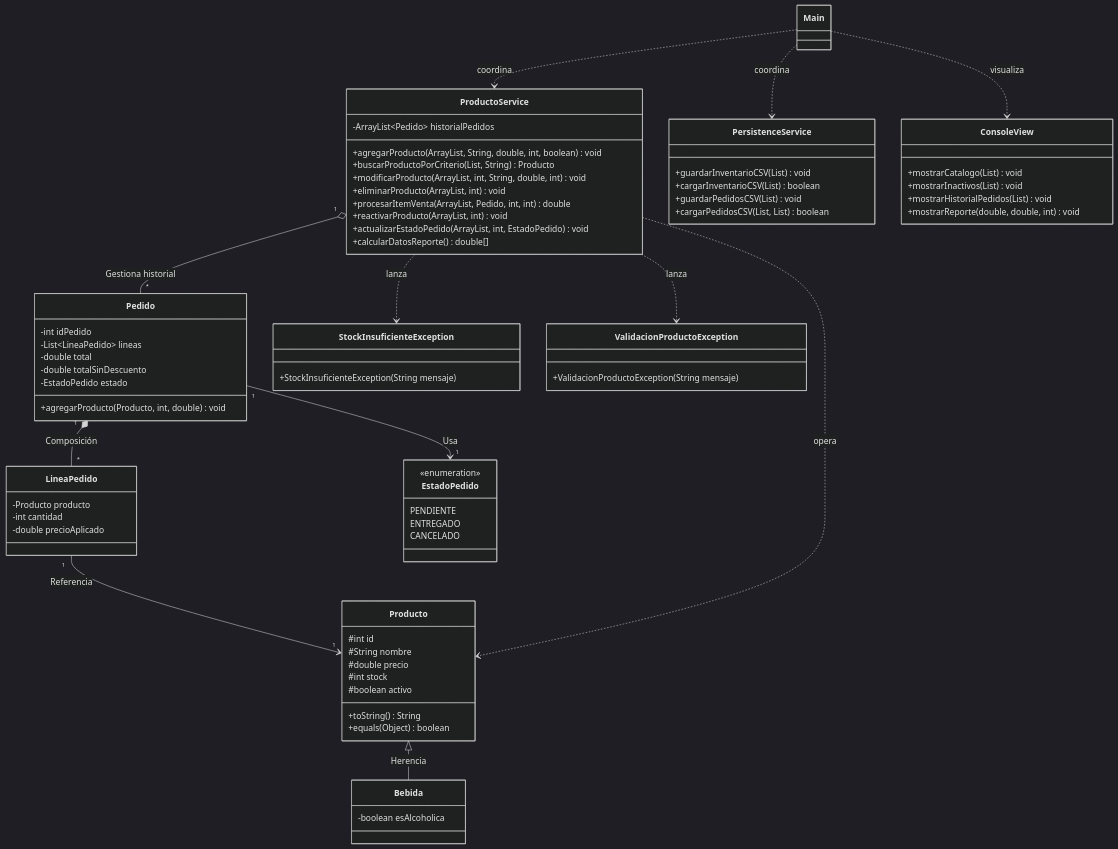
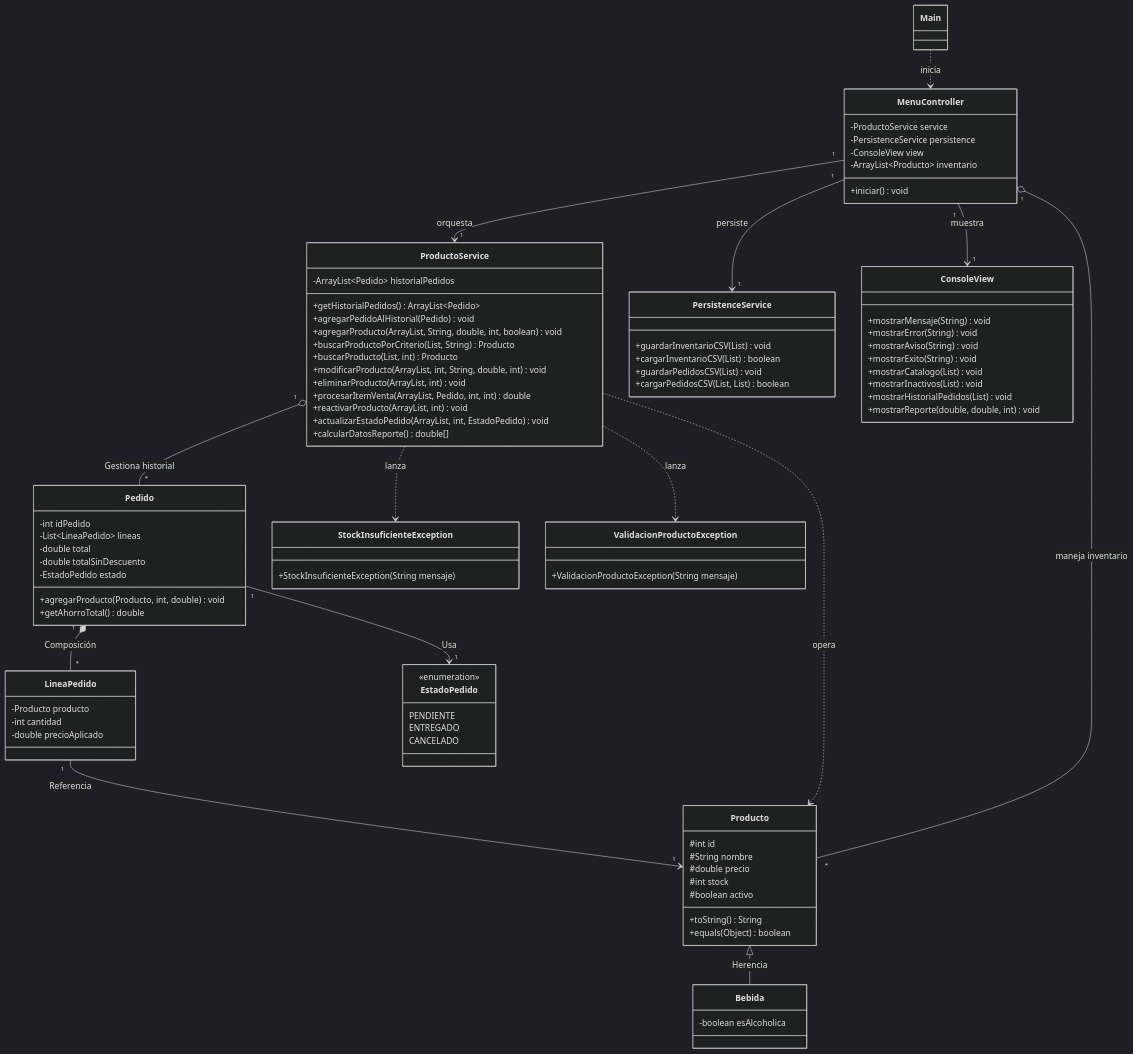
One commit to elmoteroloco/Pre-Entrega_JavaBE changed the diagram in README.md. Above: the diagram before and after it, drawn with Mermaid (dark theme). The commit also changed other lines of this file, not shown here.

Commit message:
docs: actualiza el diagrama de clases y la estructura en el README

````diff
--- a/README.md
+++ b/README.md
@@ -72,6 +73,7 @@
         -double totalSinDescuento
         -EstadoPedido estado
         +agregarProducto(Producto, int, double) void
+        +getAhorroTotal() double
     }
 
     class LineaPedido {
@@ -89,8 +91,11 @@
 
     class ProductoService {
         -ArrayList~Pedido~ historialPedidos
+        +getHistorialPedidos() ArrayList~Pedido~
+        +agregarPedidoAlHistorial(Pedido) void
         +agregarProducto(ArrayList, String, double, int, boolean) void
         +buscarProductoPorCriterio(List, String) Producto
+        +buscarProducto(List, int) Producto
         +modificarProducto(ArrayList, int, String, double, int) void
         +eliminarProducto(ArrayList, int) void
         +procesarItemVenta(ArrayList, Pedido, int, int) double
@@ -107,10 +112,22 @@
     }
 
     class ConsoleView {
+        +mostrarMensaje(String) void
+        +mostrarError(String) void
+        +mostrarAviso(String) void
+        +mostrarExito(String) void
         +mostrarCatalogo(List) void
         +mostrarInactivos(List) void
         +mostrarHistorialPedidos(List) void
         +mostrarReporte(double, double, int) void
+    }
+
+    class MenuController {
+        -ProductoService service
+        -PersistenceService persistence
+        -ConsoleView view
+        -ArrayList~Producto~ inventario
+        +iniciar() void
     }
 
     class StockInsuficienteException {
@@ -129,7 +146,9 @@
     ProductoService ..> Producto : opera
     ProductoService ..> StockInsuficienteException : lanza
     ProductoService ..> ValidacionProductoException : lanza
-    Main ..> ProductoService : coordina
-    Main ..> PersistenceService : coordina
-    Main ..> ConsoleView : visualiza
+    Main ..> MenuController : inicia
+    MenuController "1" --> "1" ProductoService : orquesta
+    MenuController "1" --> "1" PersistenceService : persiste
+    MenuController "1" --> "1" ConsoleView : muestra
+    MenuController "1" o-- "*" Producto : maneja inventario
 ```
````
